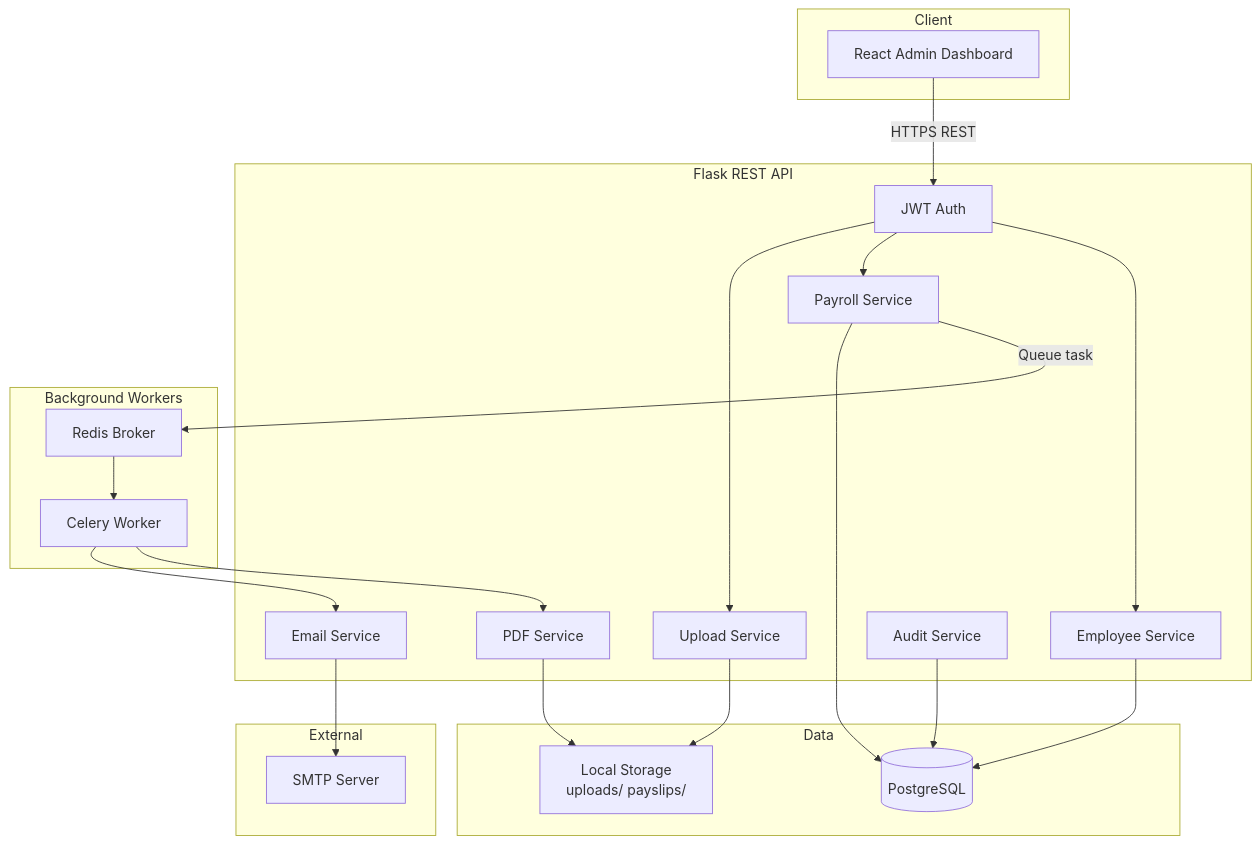
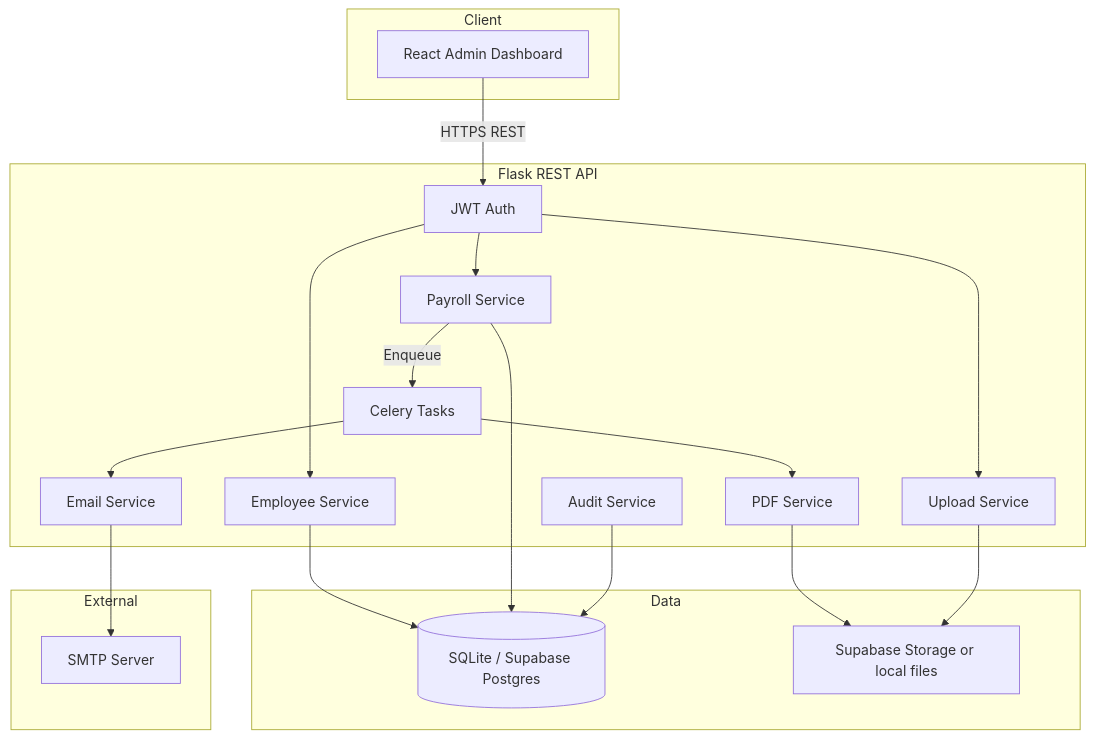
The diagram in docs/architecture.md (X3PH1RE/employee-salaryslip-nippon), drawn with Mermaid before and after one commit. The commit also changed other lines of this file and 16 other files, not shown here.

Commit message:
Drop Docker; use Supabase Storage and inline Celery by default

````diff
--- a/docs/architecture.md
+++ b/docs/architecture.md
@@ -5,40 +5,35 @@
 ```mermaid
 flowchart TB
     subgraph Client
         A[React Admin Dashboard]
     end
 
     subgraph API["Flask REST API"]
         B[JWT Auth]
         C[Employee Service]
         D[Payroll Service]
         E[Upload Service]
         F[PDF Service]
         G[Email Service]
         H[Audit Service]
-    end
-
-    subgraph Async["Background Workers"]
-        I[Celery Worker]
-        J[Redis Broker]
+        T[Celery Tasks]
     end
 
     subgraph Data
-        K[(PostgreSQL)]
-        L[Local Storage<br/>uploads/ payslips/]
+        K[(SQLite / Supabase Postgres)]
+        L[Supabase Storage or local files]
     end
 
     subgraph External
         M[SMTP Server]
     end
 
     A -->|HTTPS REST| B
     B --> C & D & E
-    D -->|Queue task| J
-    J --> I
-    I --> F & G
+    D -->|Enqueue| T
+    T --> F & G
     F --> L
     G --> M
     C & D & H --> K
     E --> L
 ```
````
